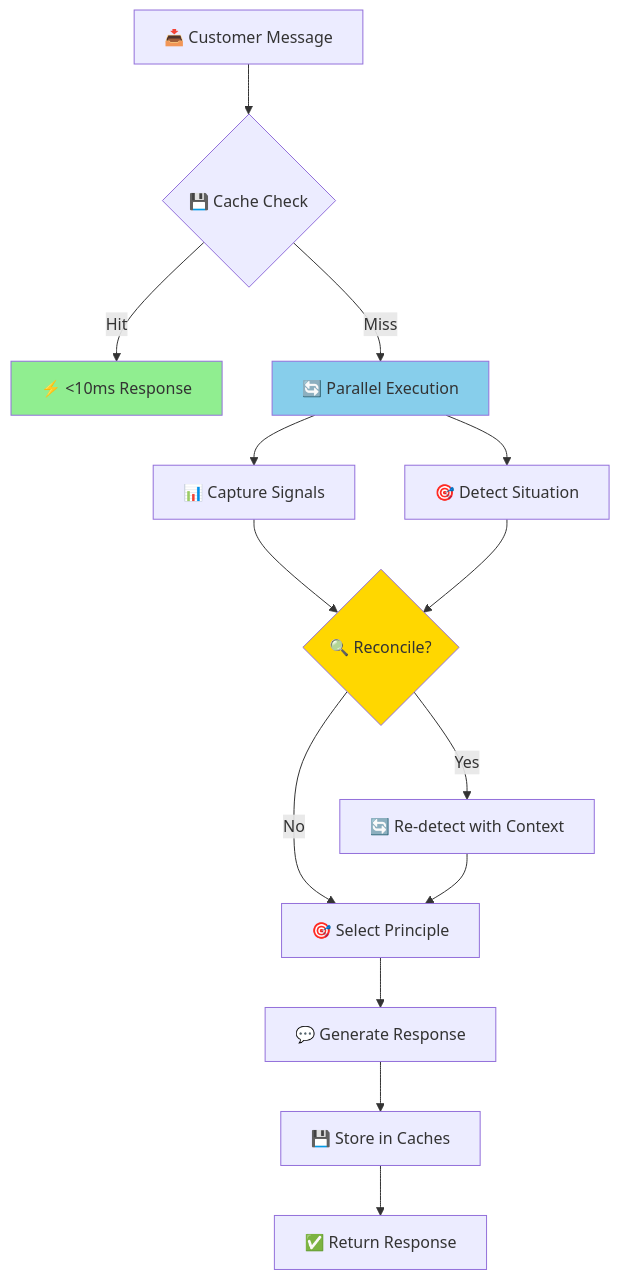
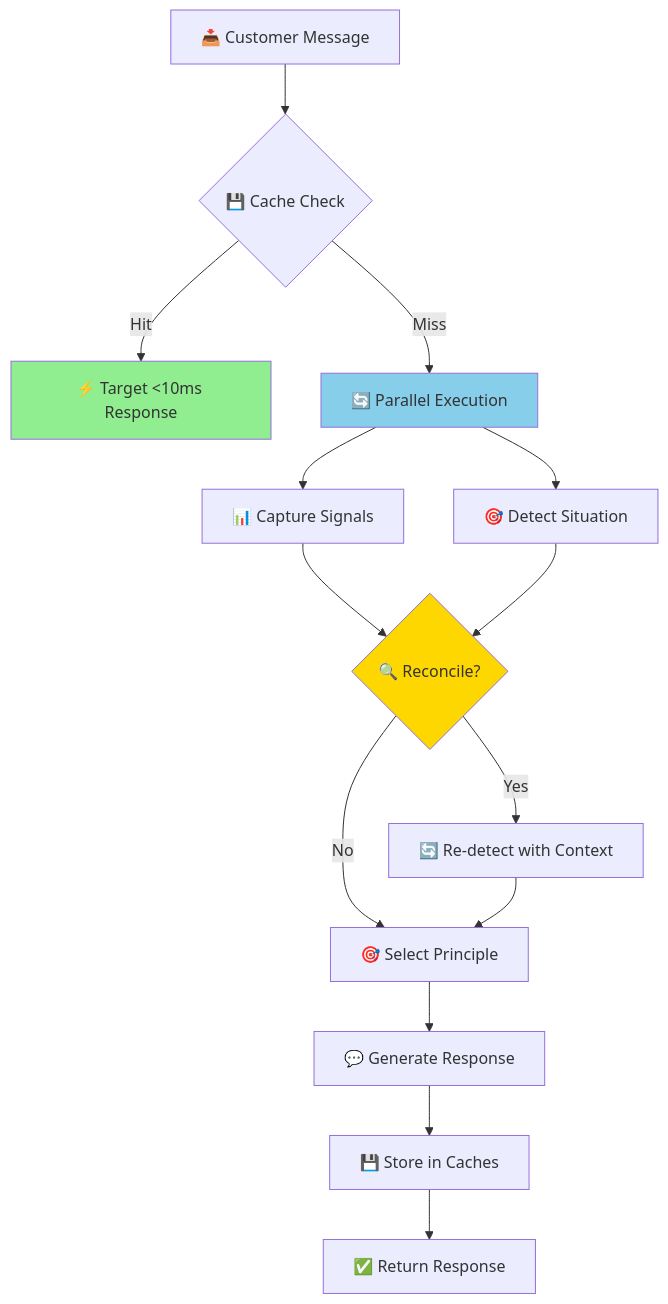
The first of 5 diagrams in README.md (kjayashr/deal-closer), drawn with Mermaid before and after one commit. The commit also changed other lines of this file and 3 other files, not shown here.

````diff
--- a/README.md
+++ b/README.md
@@ -192,23 +192,23 @@
 ```mermaid
 flowchart TD
     Start[📥 Customer Message] --> Cache{💾 Cache Check}
-    Cache -->|Hit| Fast[⚡ <10ms Response]
+    Cache -->|Hit| Fast[⚡ Target <10ms Response]
     Cache -->|Miss| Parallel[🔄 Parallel Execution]
     
     Parallel --> Capture[📊 Capture Signals]
     Parallel --> Detect[🎯 Detect Situation]
     
     Capture --> Reconcile{🔍 Reconcile?}
     Detect --> Reconcile
     Reconcile -->|Yes| Redetect[🔄 Re-detect with Context]
     Reconcile -->|No| Select[🎯 Select Principle]
     Redetect --> Select
     
     Select --> Generate[💬 Generate Response]
     Generate --> Store[💾 Store in Caches]
     Store --> Return[✅ Return Response]
     
     style Fast fill:#90EE90
     style Parallel fill:#87CEEB
     style Reconcile fill:#FFD700
 ```
````
